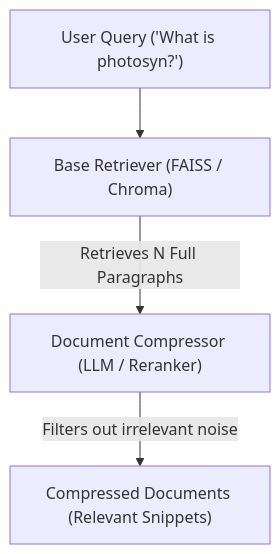
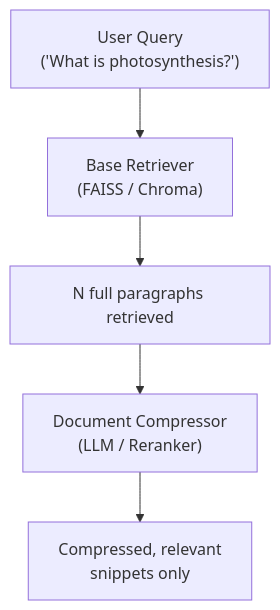
One commit to satyam0singh/Agentic-AI changed the seventh of 13 diagrams in RAG/Retrivers.md. Above: the diagram before and after it, drawn with Mermaid. The commit also changed other lines of this file, not shown here.

````diff
--- a/RAG/Retrivers.md
+++ b/RAG/Retrivers.md
@@ -175,6 +278,7 @@
 ```mermaid
 flowchart TD
-    UQ["User Query ('What is photosyn?')"] --> BR["Base Retriever (FAISS / Chroma)"]
-    BR -->|Retrieves N Full Paragraphs| DC["Document Compressor (LLM / Reranker)"]
-    DC -->|Filters out irrelevant noise| CD["Compressed Documents (Relevant Snippets)"]
+    Q["User Query<br/>('What is photosynthesis?')"] --> BR["Base Retriever<br/>(FAISS / Chroma)"]
+    BR --> Full["N full paragraphs retrieved"]
+    Full --> DC["Document Compressor<br/>(LLM / Reranker)"]
+    DC --> Out["Compressed, relevant<br/>snippets only"]
 ```
````
